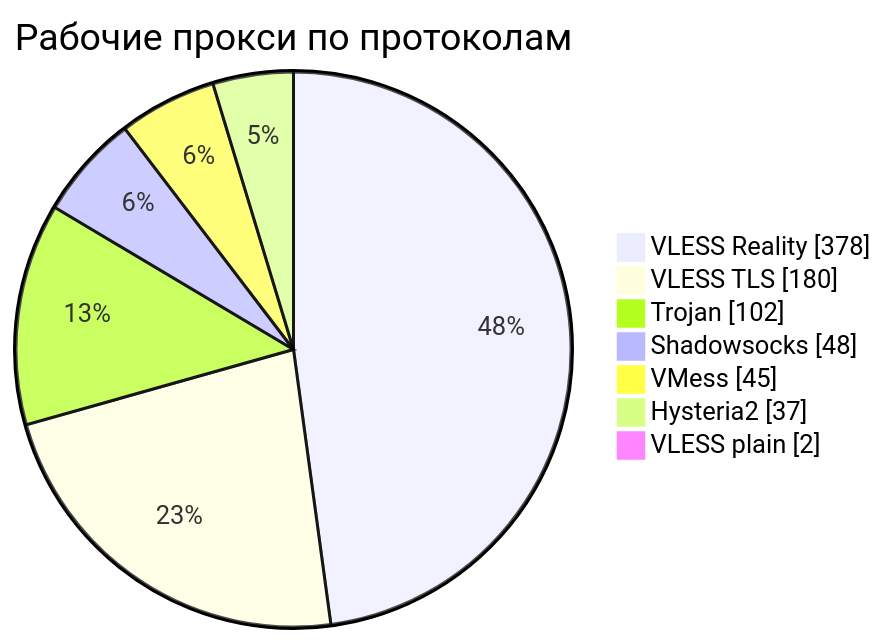
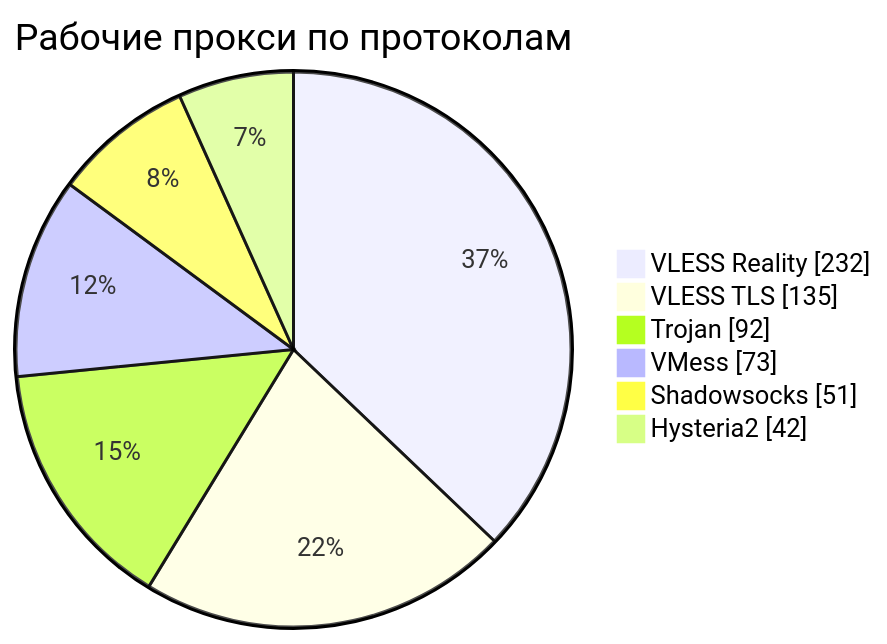
Before and after one commit to rvvg/proxy-subs: the third of 4 diagrams in README.md, drawn with Mermaid. The commit also changed other lines of this file and 55 other files, not shown here.

````diff
--- a/README.md
+++ b/README.md
@@ -142,11 +137,10 @@
 ```mermaid
 pie showData
     title Рабочие прокси по протоколам
-    "VLESS Reality" : 378
-    "VLESS TLS" : 180
-    "Trojan" : 102
-    "Shadowsocks" : 48
-    "VMess" : 45
-    "Hysteria2" : 37
-    "VLESS plain" : 2
+    "VLESS Reality" : 232
+    "VLESS TLS" : 135
+    "Trojan" : 92
+    "VMess" : 73
+    "Shadowsocks" : 51
+    "Hysteria2" : 42
 ```
````
